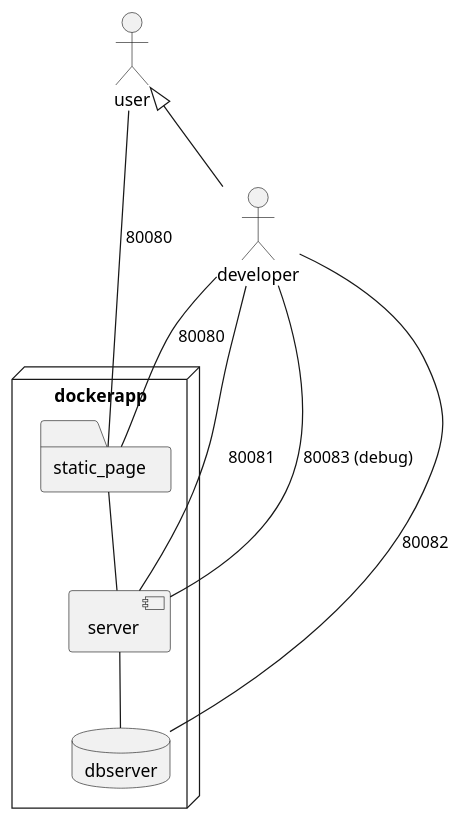
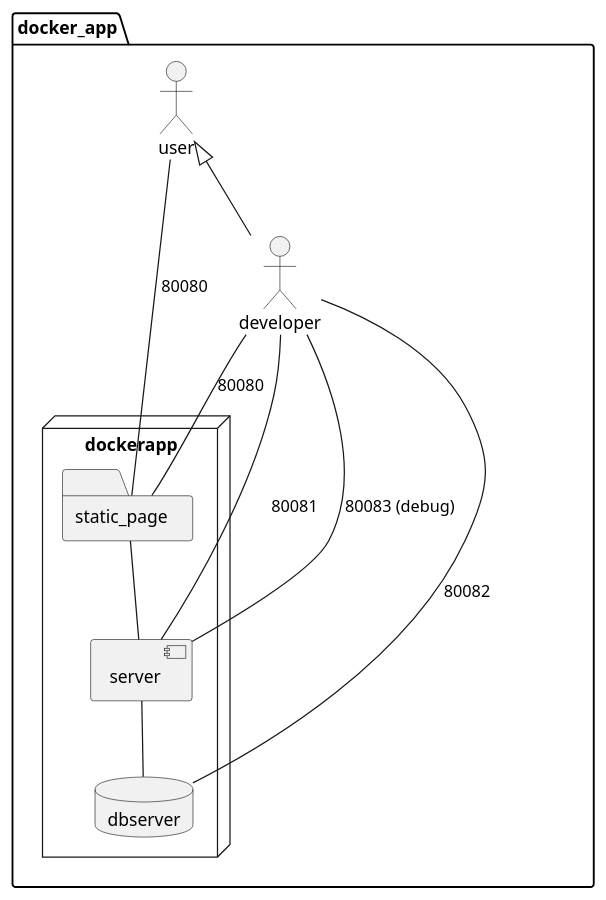
Before and after one commit to ortolanph/Books: the diagram in docs/deployment.puml, drawn with PlantUML. The commit also changed 3 other files, not shown here.

```diff
--- a/docs/deployment.puml
+++ b/docs/deployment.puml
@@ -1,25 +1,25 @@
 @startuml
+package docker_app {
+    actor user
 
-actor user
+    actor developer
 
-actor developer
+    node dockerapp {
+        folder static_page
+        component server
+        database dbserver
 
-node dockerapp {
-    folder static_page
-    component server
-    database dbserver
+        static_page -- server
+        server -- dbserver
+    }
 
-    static_page -- server
-    server -- dbserver
+    user <|-- developer
+
+    user - static_page : 80080
+
+    developer -- server : 80081
+    developer -- server : 80083 (debug)
+    developer -- dbserver : 80082
+    developer -- static_page : 80080
 }
-
-user <|-- developer
-
-user - static_page : 80080
-
-developer -- server : 80081
-developer -- server : 80083 (debug)
-developer -- dbserver : 80082
-developer -- static_page : 80080
-
 @enduml
```
